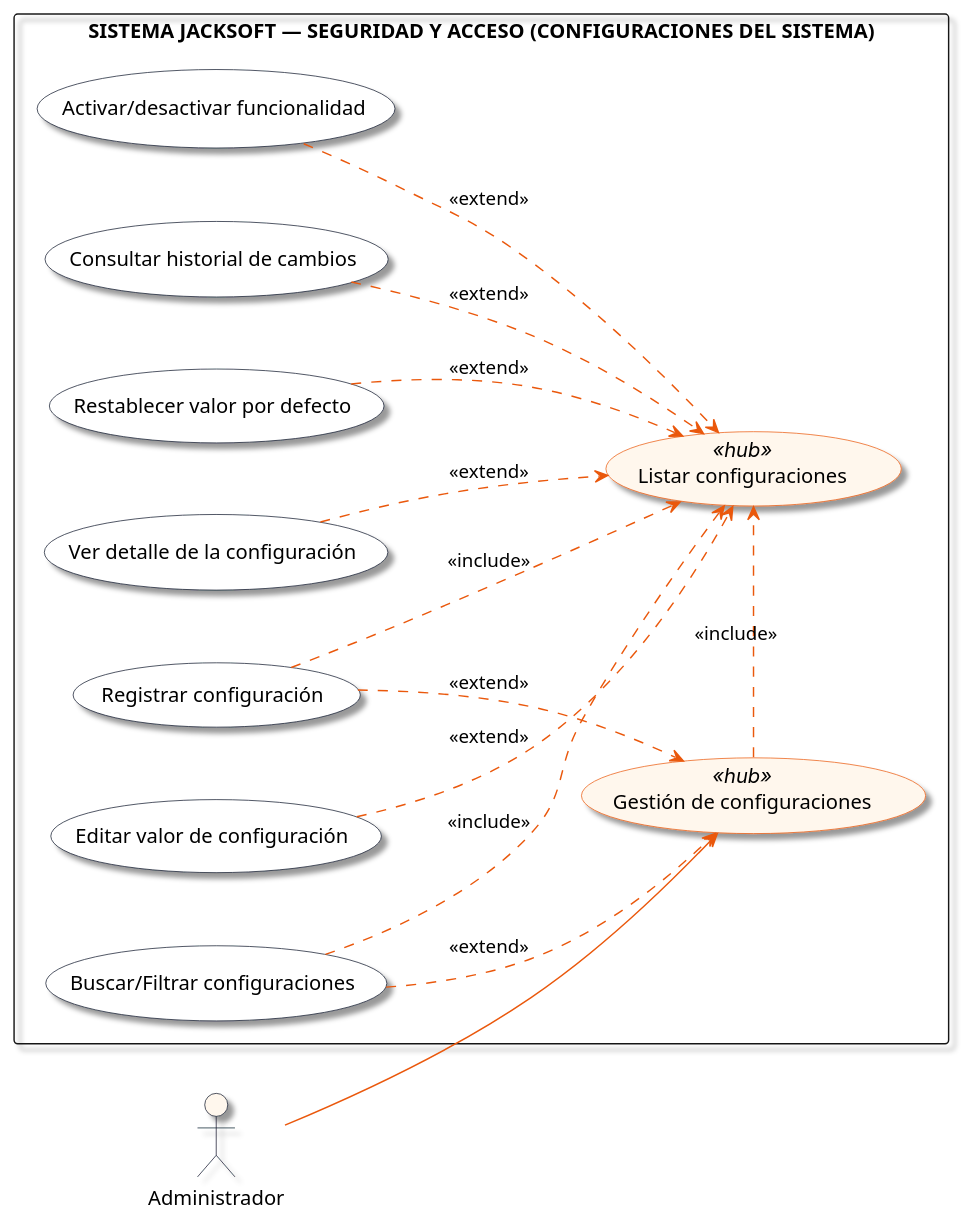
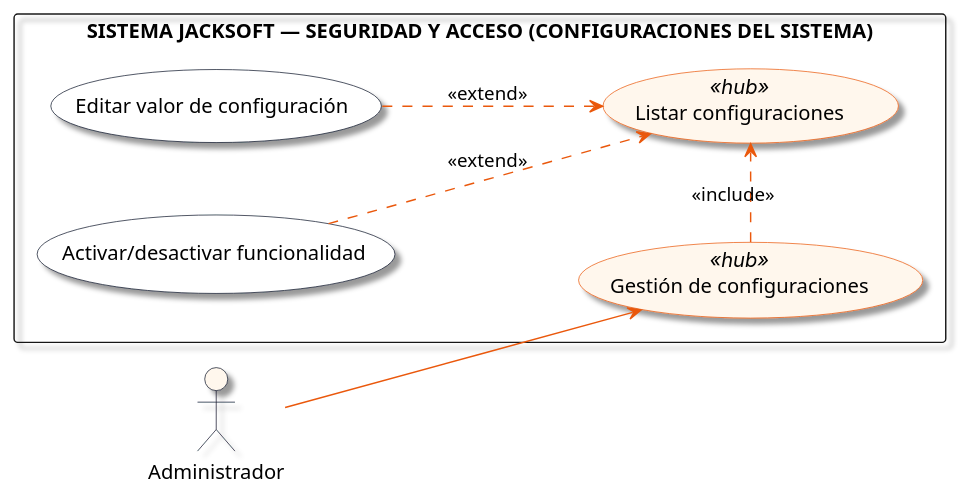
Before and after one commit to alejandrogomezmesa1/Documentacion_JackSoft: the diagram in Diagramas_PUML/CONFIGURACIONES_DEL_SISTEMA.puml, drawn with PlantUML. The commit also changed 55 other files, not shown here.

```diff
--- a/Diagramas_PUML/CONFIGURACIONES_DEL_SISTEMA.puml
+++ b/Diagramas_PUML/CONFIGURACIONES_DEL_SISTEMA.puml
@@ -1,50 +1,38 @@
 @startuml
 left to right direction
 skinparam packageStyle rectangle
 skinparam nodesep 50
 skinparam ranksep 70
 skinparam shadowing true
 skinparam defaultFontName "Inter, Arial, sans-serif"
 
 skinparam actor {
   BorderColor #0f172a
   BackgroundColor #fff7ed
 }
 
 skinparam usecase {
   BackgroundColor #ffffff
   BorderColor #0f172a
   ArrowColor #ea580c
 }
 
 skinparam usecase<<hub>> {
   BackgroundColor #fff7ed
   BorderColor #ea580c
 }
 
 actor "Administrador" as actor_user
 
 rectangle "SISTEMA JACKSOFT — SEGURIDAD Y ACCESO (CONFIGURACIONES DEL SISTEMA)" {
   usecase "Gestión de configuraciones" as UC_Hub <<hub>>
   usecase "Listar configuraciones" as UC_Central <<hub>>
-  usecase "Registrar configuración" as UC_Top1
-  usecase "Buscar/Filtrar configuraciones" as UC_Bot1
-  usecase "Ver detalle de la configuración" as UC_R1
-  usecase "Editar valor de configuración" as UC_R2
-  usecase "Activar/desactivar funcionalidad" as UC_R3
-  usecase "Consultar historial de cambios" as UC_R4
-  usecase "Restablecer valor por defecto" as UC_R5
+  usecase "Editar valor de configuración" as UC_R1
+  usecase "Activar/desactivar funcionalidad" as UC_R2
 }
 
 actor_user --> UC_Hub
 UC_Hub .> UC_Central : <<include>>
-UC_Top1 ..> UC_Hub : <<extend>>
-UC_Top1 .> UC_Central : <<include>>
-UC_Bot1 ..> UC_Hub : <<extend>>
-UC_Bot1 .> UC_Central : <<include>>
 UC_R1 ..> UC_Central : <<extend>>
 UC_R2 ..> UC_Central : <<extend>>
-UC_R3 ..> UC_Central : <<extend>>
-UC_R4 ..> UC_Central : <<extend>>
-UC_R5 ..> UC_Central : <<extend>>
 @enduml
```
